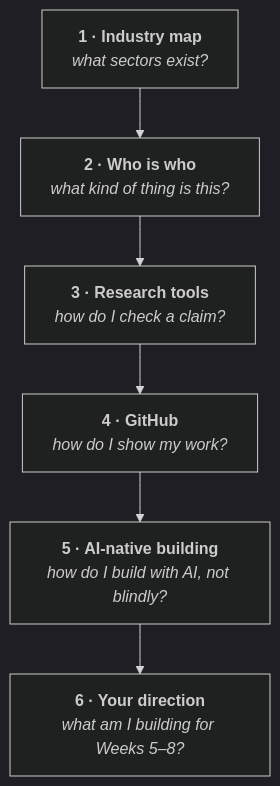
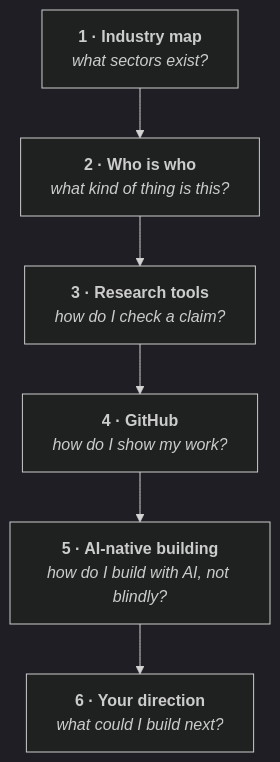
The diagram in docs/foundation/week-4/README.md (Blockchain-NTU-SG/academy-handbook), drawn with Mermaid (dark theme) before and after one commit. The commit also changed other lines of this file and 52 other files, not shown here.

````diff
--- a/docs/foundation/week-4/README.md
+++ b/docs/foundation/week-4/README.md
@@ -34,10 +40,10 @@
 ```mermaid
 flowchart TD
   P1["<b>1 · Industry map</b><br/><i>what sectors exist?</i>"]
   P2["<b>2 · Who is who</b><br/><i>what kind of thing is this?</i>"]
   P3["<b>3 · Research tools</b><br/><i>how do I check a claim?</i>"]
   P4["<b>4 · GitHub</b><br/><i>how do I show my work?</i>"]
   P5["<b>5 · AI-native building</b><br/><i>how do I build with AI, not blindly?</i>"]
-  P6["<b>6 · Your direction</b><br/><i>what am I building for Weeks 5–8?</i>"]
+  P6["<b>6 · Your direction</b><br/><i>what could I build next?</i>"]
   P1 --> P2 --> P3 --> P4 --> P5 --> P6
 ```
````
